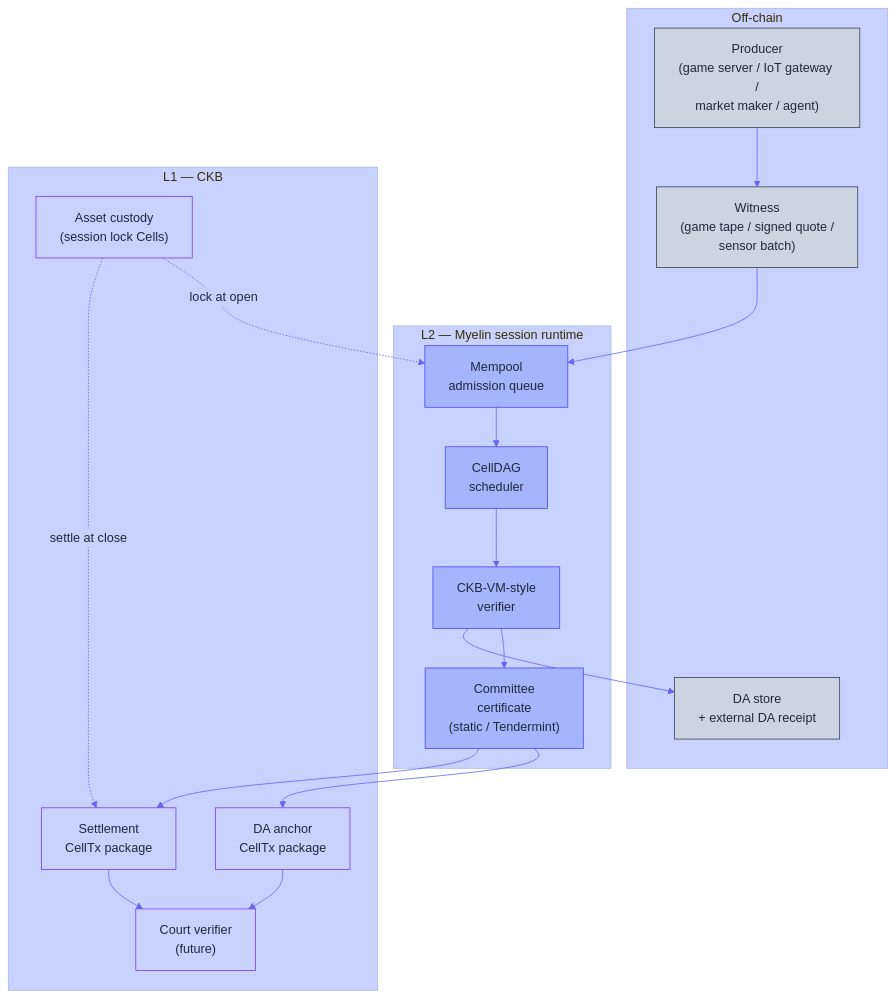
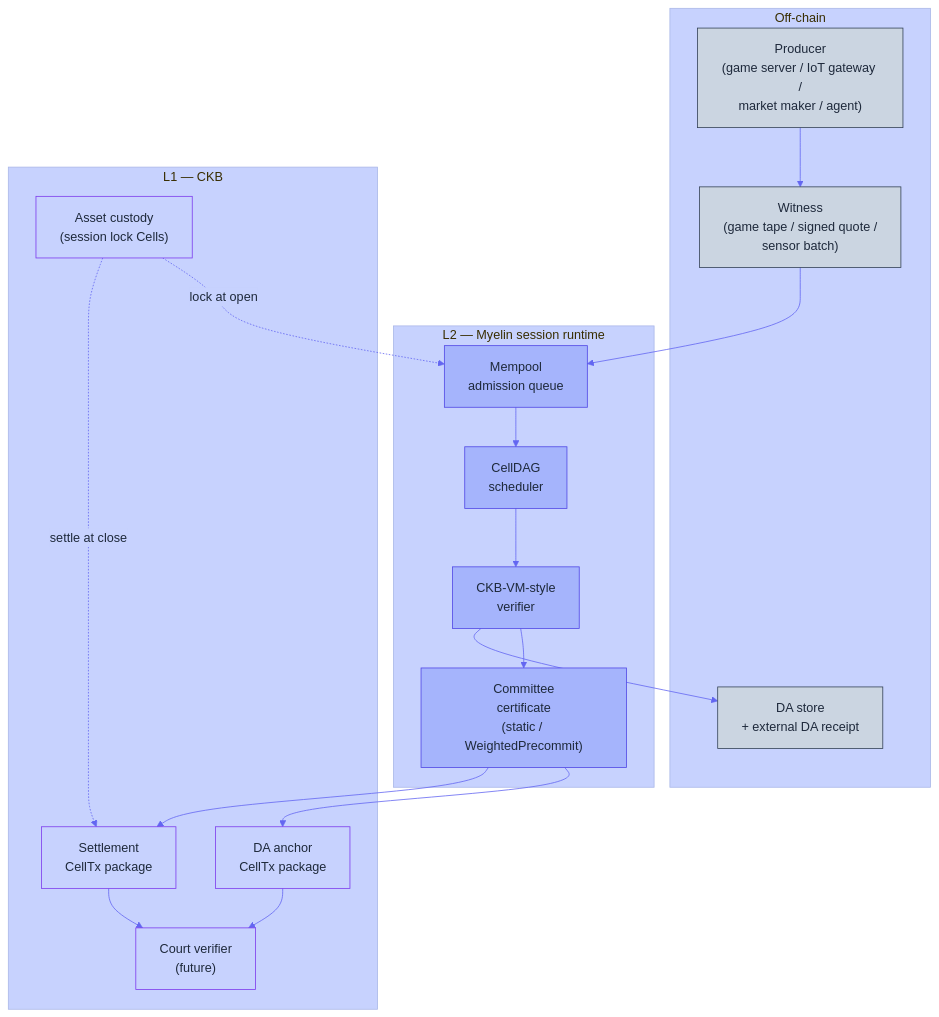
The diagram in docs/interactions/index.md (Myelin-Labs/Myelin), drawn with Mermaid before and after one commit. The commit also changed 808 other files, not shown here.

````diff
--- a/docs/interactions/index.md
+++ b/docs/interactions/index.md
@@ -26,45 +26,45 @@
 ```mermaid
 %%{init: {
   "theme": "base",
   "themeVariables": {
     "primaryColor": "#A5B4FC",
     "primaryTextColor": "#1E293B",
     "primaryBorderColor": "#4F46E5",
     "lineColor": "#6366F1",
     "secondaryColor": "#C7D2FE",
     "tertiaryColor": "#C7D2FE"
   }
 }}%%
 flowchart TB
     subgraph OFF["Off-chain"]
         P["Producer<br/>(game server / IoT gateway /<br/>market maker / agent)"]:::off
         W["Witness<br/>(game tape / signed quote /<br/>sensor batch)"]:::off
         D["DA store<br/>+ external DA receipt"]:::off
     end
     subgraph L2["L2 — Myelin session runtime"]
         M["Mempool<br/>admission queue"]:::l2
         S["CellDAG<br/>scheduler"]:::l2
         V["CKB-VM-style<br/>verifier"]:::l2
-        C["Committee<br/>certificate<br/>(static / Tendermint)"]:::l2
+        C["Committee<br/>certificate<br/>(static / WeightedPrecommit)"]:::l2
     end
     subgraph L1["L1 — CKB"]
         A["Asset custody<br/>(session lock Cells)"]:::l1
         E["DA anchor<br/>CellTx package"]:::l1
         S2["Settlement<br/>CellTx package"]:::l1
         CT["Court verifier<br/>(future)"]:::l1
     end
 
     P --> W --> M
     M --> S --> V --> C
     V --> D
     C --> E
     C --> S2
     A -.->|lock at open| M
     A -.->|settle at close| S2
     E --> CT
     S2 --> CT
 
     classDef off fill:#CBD5E1,stroke:#334155,color:#1E293B;
     classDef l2  fill:#A5B4FC,stroke:#4F46E5,color:#1E293B;
     classDef l1  fill:#C7D2FE,stroke:#7C3AED,color:#1E293B;
 ```
````
